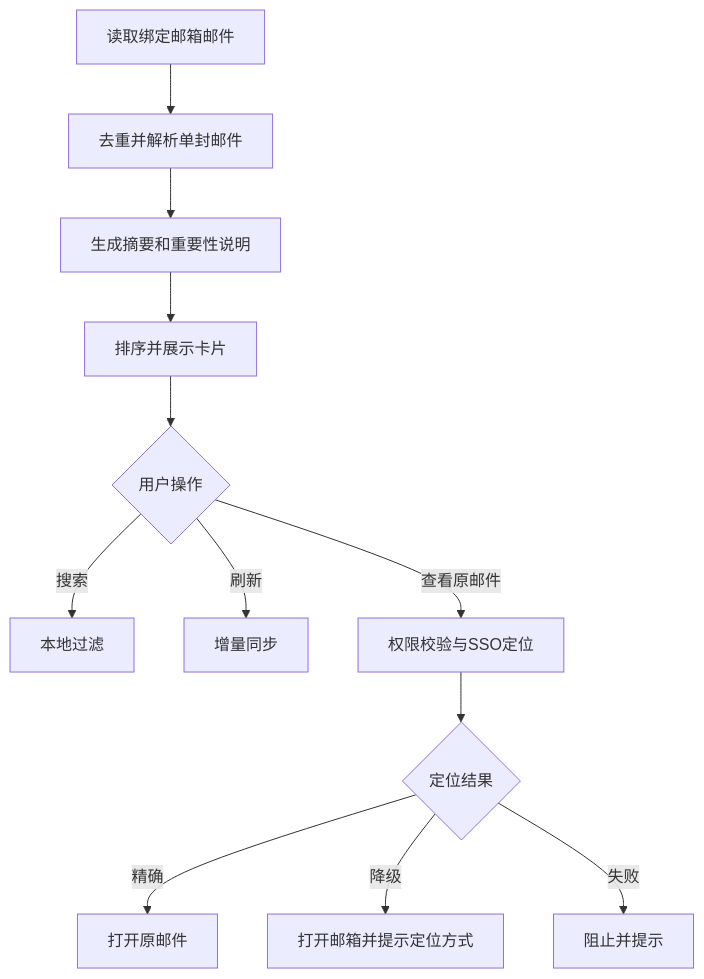
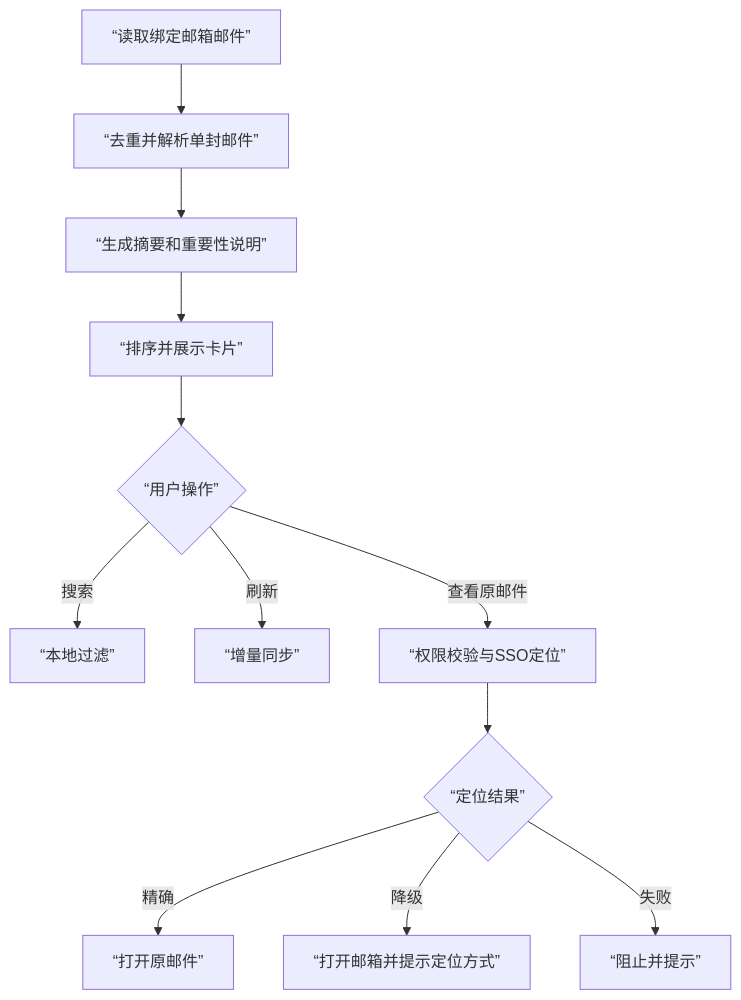
One commit to fri555/PORTL changed the third of 3 diagrams in docs/需求文档/20260726-【PRD】AI工作台-邮件摘要（MVP）-天马智擎项目.md. Above: the diagram before and after it, drawn with Mermaid. The commit also changed other lines of this file, not shown here.

````diff
--- a/docs/需求文档/20260726-【PRD】AI工作台-邮件摘要（MVP）-天马智擎项目.md
+++ b/docs/需求文档/20260726-【PRD】AI工作台-邮件摘要（MVP）-天马智擎项目.md
@@ -216,14 +347,14 @@
 ```mermaid
 flowchart TD
-    A["读取绑定邮箱邮件"] --> B["去重并解析单封邮件"]
-    B --> C["生成摘要和重要性说明"]
-    C --> D["排序并展示卡片"]
-    D --> E{"用户操作"}
-    E -->|搜索| F["本地过滤"]
-    E -->|刷新| G["增量同步"]
-    E -->|查看原邮件| H["权限校验与SSO定位"]
-    H --> I{"定位结果"}
-    I -->|精确| J["打开原邮件"]
-    I -->|降级| K["打开邮箱并提示定位方式"]
-    I -->|失败| L["阻止并提示"]
+    A[“读取绑定邮箱邮件”] --> B[“去重并解析单封邮件”]
+    B --> C[“生成摘要和重要性说明”]
+    C --> D[“排序并展示卡片”]
+    D --> E{“用户操作”}
+    E -->|搜索| F[“本地过滤”]
+    E -->|刷新| G[“增量同步”]
+    E -->|查看原邮件| H[“权限校验与SSO定位”]
+    H --> I{“定位结果”}
+    I -->|精确| J[“打开原邮件”]
+    I -->|降级| K[“打开邮箱并提示定位方式”]
+    I -->|失败| L[“阻止并提示”]
 ```
````
